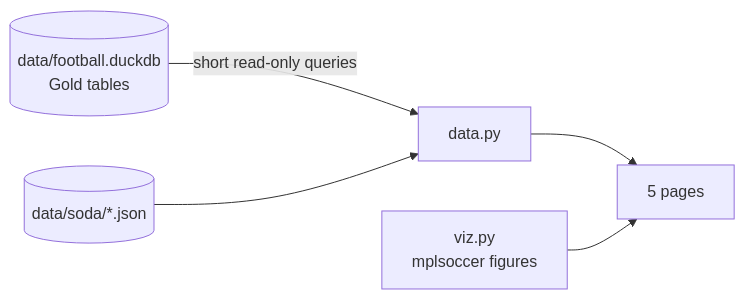
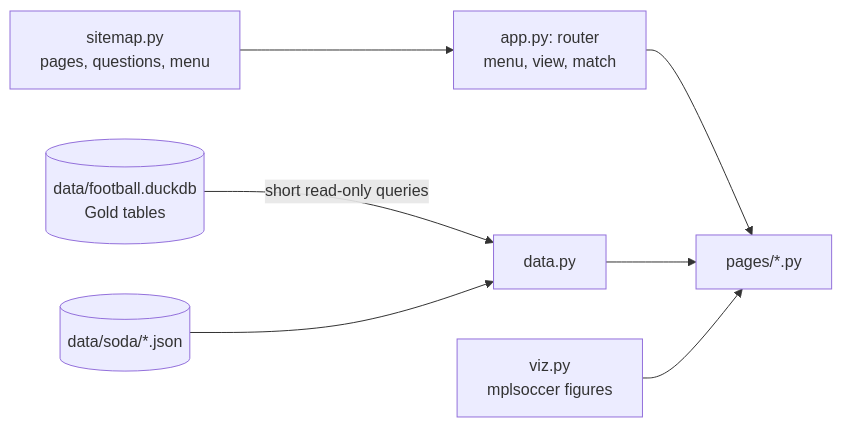
The diagram in app/streamlit/README.md (Anaximandr0s/football-data-platform), drawn with Mermaid before and after one commit. The commit also changed other lines of this file and 22 other files, not shown here.

````diff
--- a/app/streamlit/README.md
+++ b/app/streamlit/README.md
@@ -7,7 +8,9 @@
 ```mermaid
 flowchart LR
     G[(data/football.duckdb<br/>Gold tables)] -->|short read-only queries| D[data.py]
     Q[(data/soda/*.json)] --> D
-    D --> P[5 pages]
+    R[app.py: router<br/>menu, view, match] --> P[pages/*.py]
+    S[sitemap.py<br/>pages, questions, menu] --> R
+    D --> P
     V[viz.py<br/>mplsoccer figures] --> P
 ```
````
